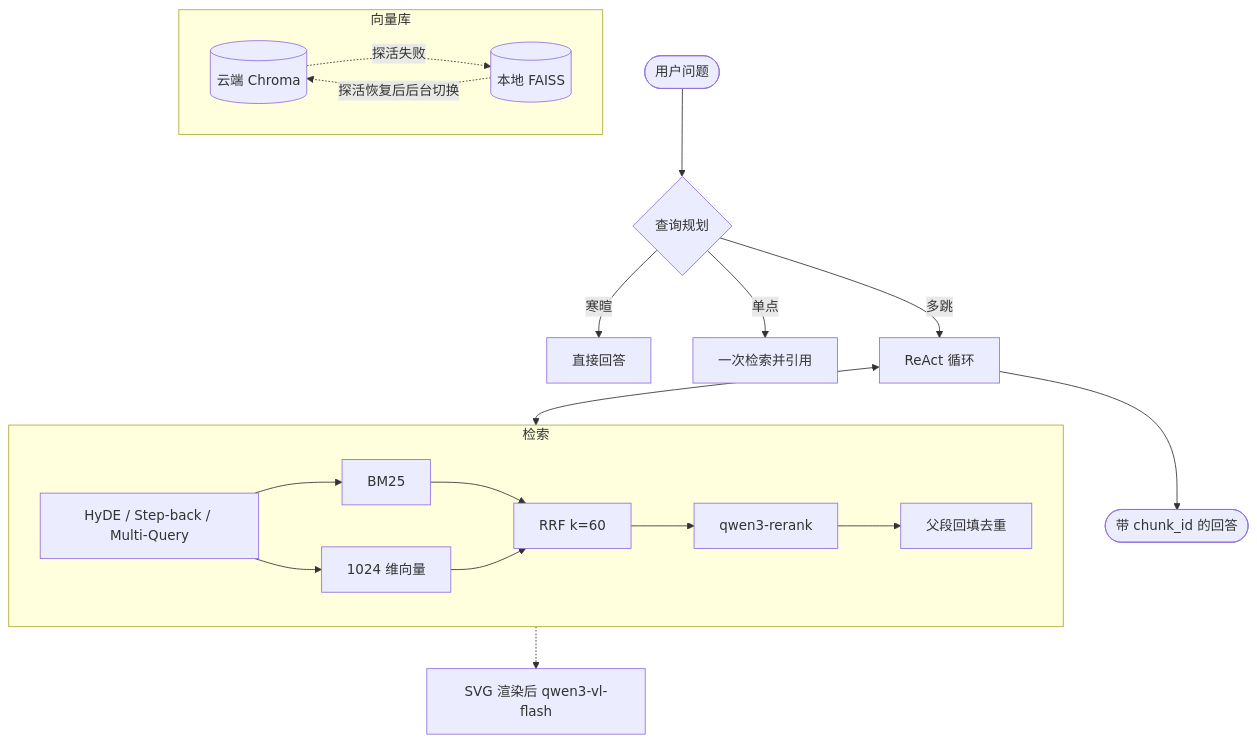
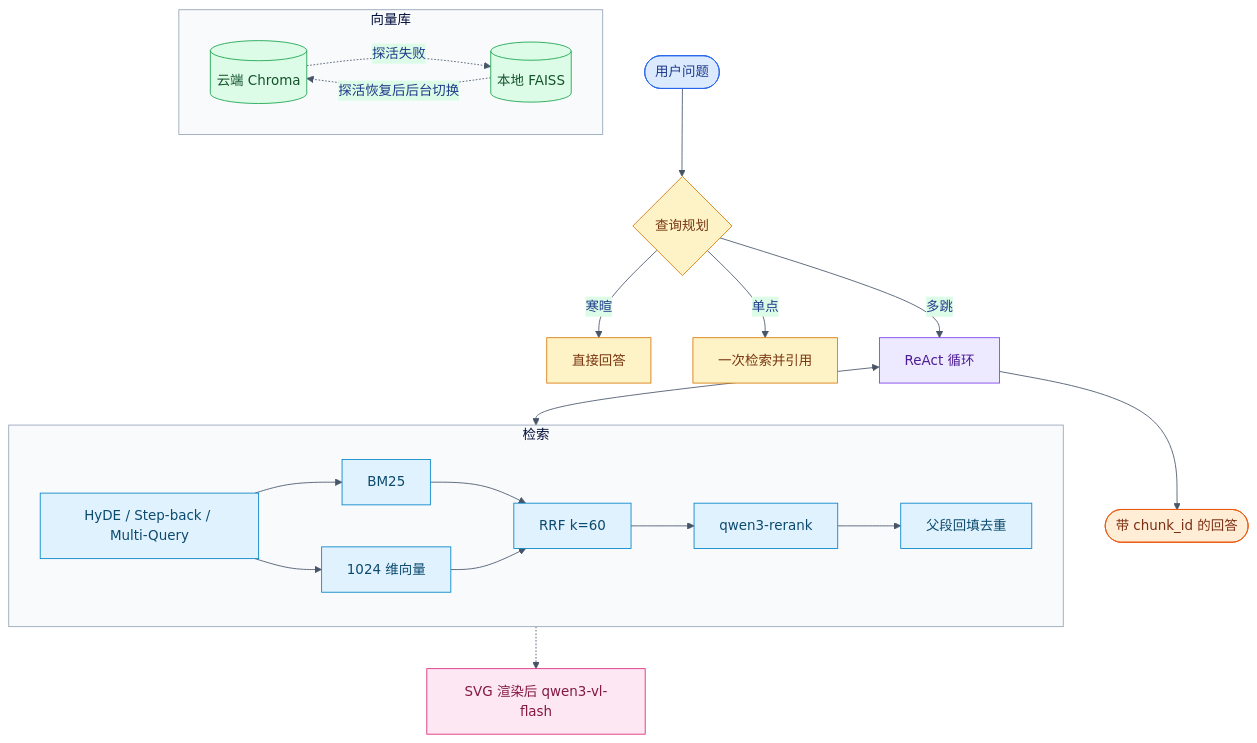
Before and after one commit to lyf3273/agentic_RAG: the diagram in README.md, drawn with Mermaid. The commit also changed other lines of this file and 1 other file, not shown here.

Commit message:
Color the architecture diagram and clarify FAISS is the default.

````diff
--- a/README.md
+++ b/README.md
@@ -104,25 +106,43 @@
 ```mermaid
+%%{init: {'theme': 'base', 'themeVariables': {'primaryColor': '#dbeafe', 'primaryTextColor': '#1e3a8a', 'primaryBorderColor': '#2563eb', 'lineColor': '#475569', 'secondaryColor': '#dcfce7', 'tertiaryColor': '#fef3c7', 'clusterBkg': '#f8fafc', 'clusterBorder': '#94a3b8', 'fontFamily': 'Segoe UI, sans-serif'}}}%%
 flowchart TD
-    User([用户问题]) --> Router{查询规划}
-    Router -->|寒暄| Chitchat[直接回答]
-    Router -->|单点| DirectRAG[一次检索并引用]
-    Router -->|多跳| AgentLoop[ReAct 循环]
+    User(["用户问题"]) --> Router{"查询规划"}
+    Router -->|寒暄| Chitchat["直接回答"]
+    Router -->|单点| DirectRAG["一次检索并引用"]
+    Router -->|多跳| AgentLoop["ReAct 循环"]
 
-    subgraph Storage [向量库]
-        ChromaCloud[(云端 Chroma)] -.->|探活失败| FAISSLocal[(本地 FAISS)]
+    subgraph Storage ["向量库"]
+        ChromaCloud[("云端 Chroma")] -.->|探活失败| FAISSLocal[("本地 FAISS")]
         FAISSLocal -.->|探活恢复后后台切换| ChromaCloud
     end
 
-    subgraph HybridEngine [检索]
-        Rewrite[HyDE / Step-back / Multi-Query] --> BM25[BM25]
-        Rewrite --> Dense[1024 维向量]
-        BM25 --> RRF[RRF k=60]
+    subgraph HybridEngine ["检索"]
+        Rewrite["HyDE / Step-back / Multi-Query"] --> BM25["BM25"]
+        Rewrite --> Dense["1024 维向量"]
+        BM25 --> RRF["RRF k=60"]
         Dense --> RRF
-        RRF --> Rerank[qwen3-rerank]
-        Rerank --> Parent[父段回填去重]
+        RRF --> Rerank["qwen3-rerank"]
+        Rerank --> Parent["父段回填去重"]
     end
 
     AgentLoop <--> HybridEngine
-    HybridEngine -.-> Vision[SVG 渲染后 qwen3-vl-flash]
+    HybridEngine -.-> Vision["SVG 渲染后 qwen3-vl-flash"]
     AgentLoop --> Output(["带 chunk_id 的回答"])
+
+    classDef input fill:#dbeafe,stroke:#2563eb,color:#1e3a8a
+    classDef route fill:#fef3c7,stroke:#d97706,color:#78350f
+    classDef agent fill:#ede9fe,stroke:#7c3aed,color:#4c1d95
+    classDef store fill:#dcfce7,stroke:#16a34a,color:#14532d
+    classDef retrieve fill:#e0f2fe,stroke:#0284c7,color:#0c4a6e
+    classDef vision fill:#fce7f3,stroke:#db2777,color:#831843
+    classDef answer fill:#ffedd5,stroke:#ea580c,color:#7c2d12
+
+    class User input
+    class Router route
+    class Chitchat,DirectRAG route
+    class AgentLoop agent
+    class ChromaCloud,FAISSLocal store
+    class Rewrite,BM25,Dense,RRF,Rerank,Parent retrieve
+    class Vision vision
+    class Output answer
 ```
````
